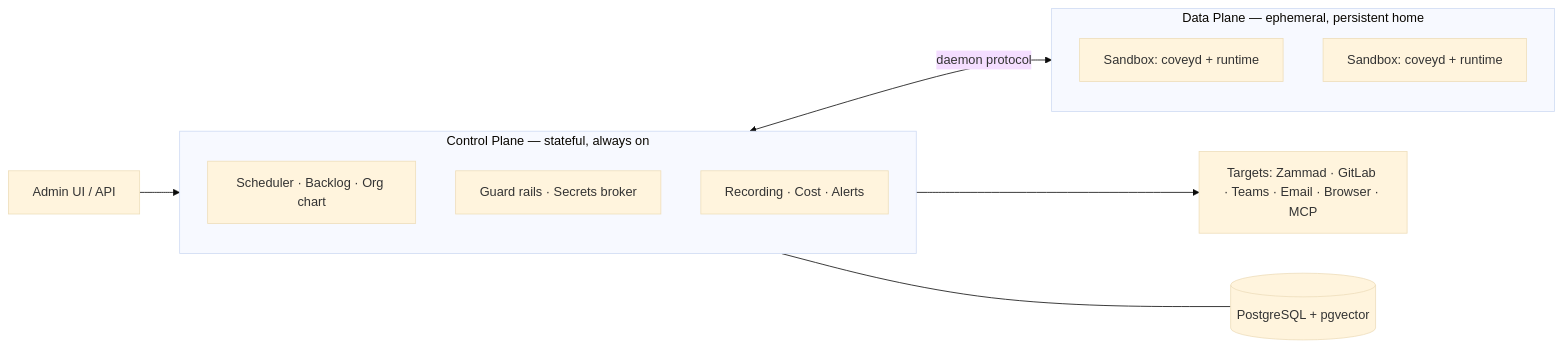
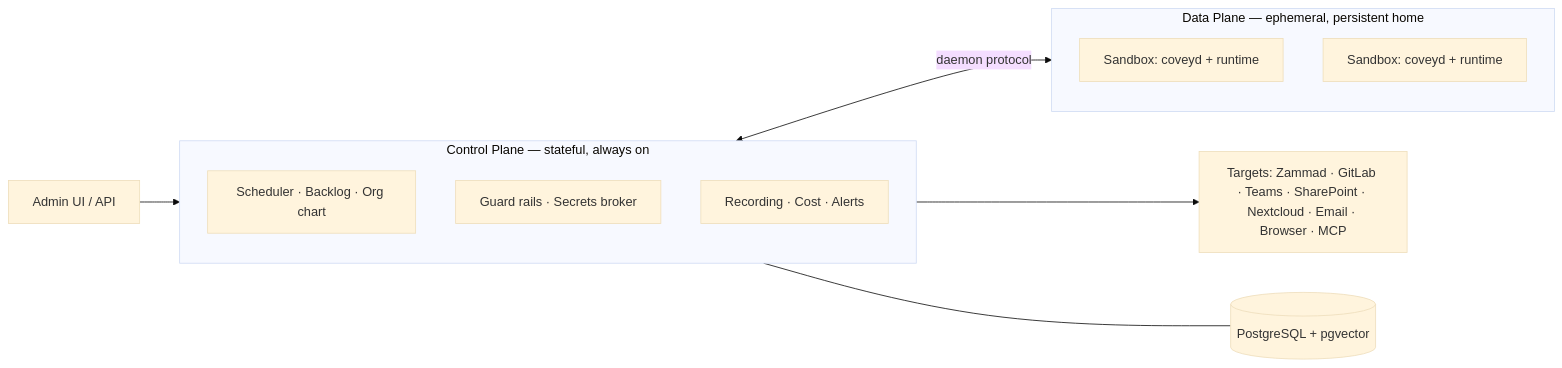
The diagram in README.en.md (benjaminLedel/covey), drawn with Mermaid (base theme) before and after one commit. The commit also changed other lines of this file and 1 other file, not shown here.

Commit message:
docs(readme): Nextcloud in Zielsystem-Liste, Diagramm und Betriebs-Doku

````diff
--- a/README.en.md
+++ b/README.en.md
@@ -94,21 +94,21 @@
 ```mermaid
 flowchart LR
     UI["Admin UI / API"] --> CP
 
     subgraph CP["Control Plane — stateful, always on"]
         direction TB
         SCHED["Scheduler · Backlog · Org chart"]
         GUARD["Guard rails · Secrets broker"]
         OBS["Recording · Cost · Alerts"]
     end
 
     subgraph DP["Data Plane — ephemeral, persistent home"]
         direction TB
         S1["Sandbox: coveyd + runtime"]
         S2["Sandbox: coveyd + runtime"]
     end
 
     CP <-->|daemon protocol| DP
-    CP --> TS["Targets: Zammad · GitLab · Teams · Email · Browser · MCP"]
+    CP --> TS["Targets: Zammad · GitLab · Teams · SharePoint · Nextcloud · Email · Browser · MCP"]
     CP --- DB[("PostgreSQL + pgvector")]
 ```
````
